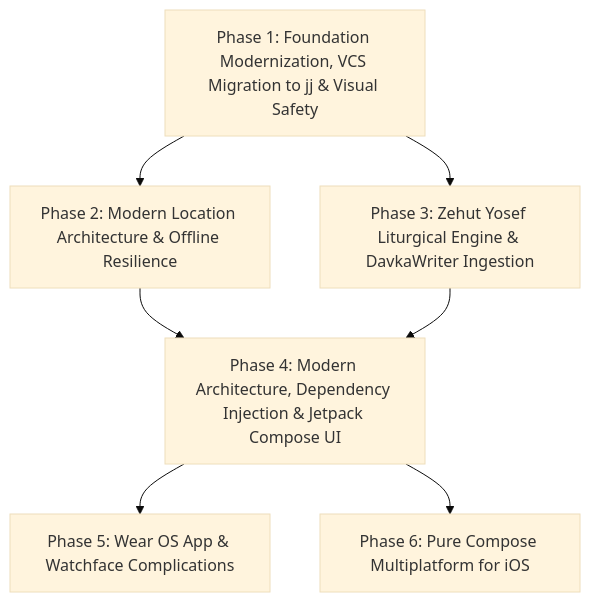
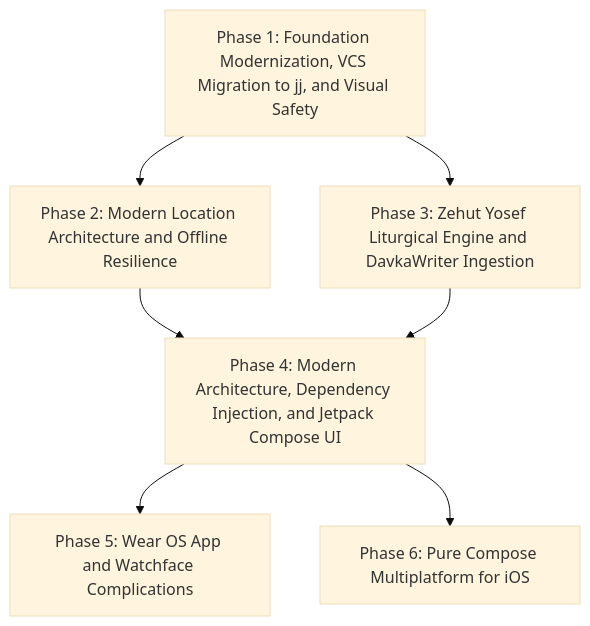
Before and after one commit to jgindin/zmanim: the first of 7 diagrams in docs/superpowers/specs/master-roadmap.md, drawn with Mermaid (base theme). The commit also changed other lines of this file and 1 other file, not shown here.

Commit message:
Fix mermaid syntax across master roadmap and implementation plan

````diff
--- a/docs/superpowers/specs/master-roadmap.md
+++ b/docs/superpowers/specs/master-roadmap.md
@@ -26,16 +26,16 @@
 ```mermaid
-graph TD
-    P1["Phase 1: Foundation Modernization, VCS Migration to jj & Visual Safety"]
-    P2["Phase 2: Modern Location Architecture & Offline Resilience"]
-    P3["Phase 3: Zehut Yosef Liturgical Engine & DavkaWriter Ingestion"]
-    P4["Phase 4: Modern Architecture, Dependency Injection & Jetpack Compose UI"]
-    P5["Phase 5: Wear OS App & Watchface Complications"]
+flowchart TD
+    P1["Phase 1: Foundation Modernization, VCS Migration to jj, and Visual Safety"]
+    P2["Phase 2: Modern Location Architecture and Offline Resilience"]
+    P3["Phase 3: Zehut Yosef Liturgical Engine and DavkaWriter Ingestion"]
+    P4["Phase 4: Modern Architecture, Dependency Injection, and Jetpack Compose UI"]
+    P5["Phase 5: Wear OS App and Watchface Complications"]
     P6["Phase 6: Pure Compose Multiplatform for iOS"]
 
     P1 --> P2
     P1 --> P3
     P2 --> P4
     P3 --> P4
     P4 --> P5
     P4 --> P6
 ```
````
